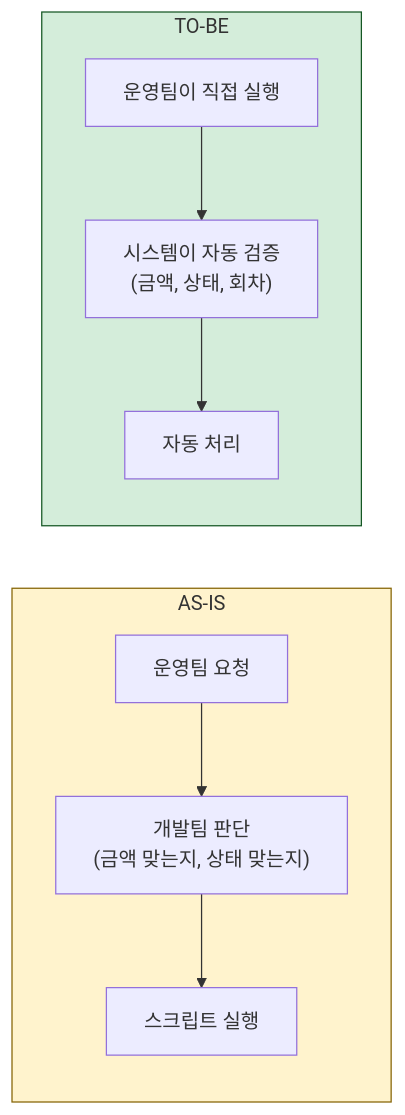
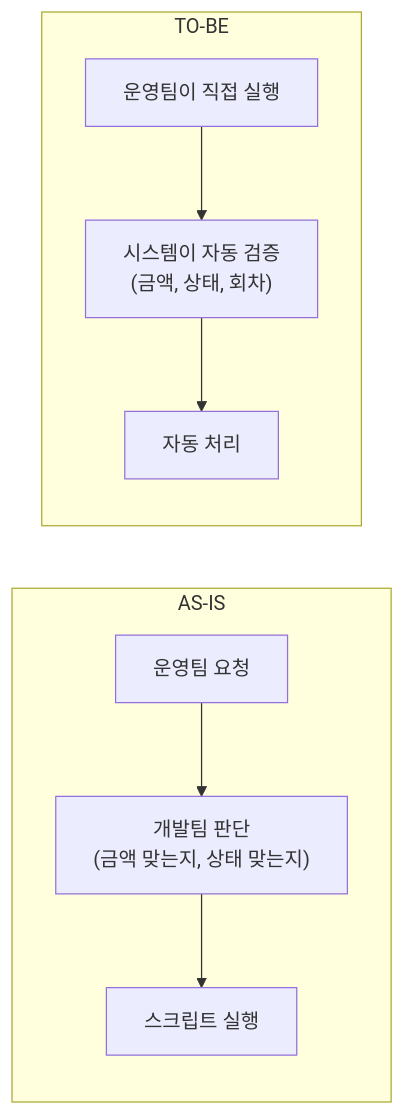
Before and after one commit to Gyubster/til: the third of 5 diagrams in _posts/2026-05-07-고객-문제에서-시스템-설계까지-운영팀-요청이-제품이-되는-과정.md, drawn with Mermaid. The commit also changed other lines of this file and 13 other files, not shown here.

Commit message:
Mermaid 렌더링 수정: subgraph style 명령 제거

````diff
--- a/_posts/2026-05-07-고객-문제에서-시스템-설계까지-운영팀-요청이-제품이-되는-과정.md
+++ b/_posts/2026-05-07-고객-문제에서-시스템-설계까지-운영팀-요청이-제품이-되는-과정.md
@@ -57,13 +57,11 @@
 ```mermaid
 flowchart LR
     subgraph before["AS-IS"]
         A["운영팀 요청"] --> B["개발팀 판단<br>(금액 맞는지, 상태 맞는지)"]
         B --> C["스크립트 실행"]
     end
     subgraph after["TO-BE"]
         D["운영팀이 직접 실행"] --> E["시스템이 자동 검증<br>(금액, 상태, 회차)"]
         E --> F["자동 처리"]
     end
-    style before fill:#fff3cd,stroke:#856404
-    style after fill:#d4edda,stroke:#155724
 ```
````
